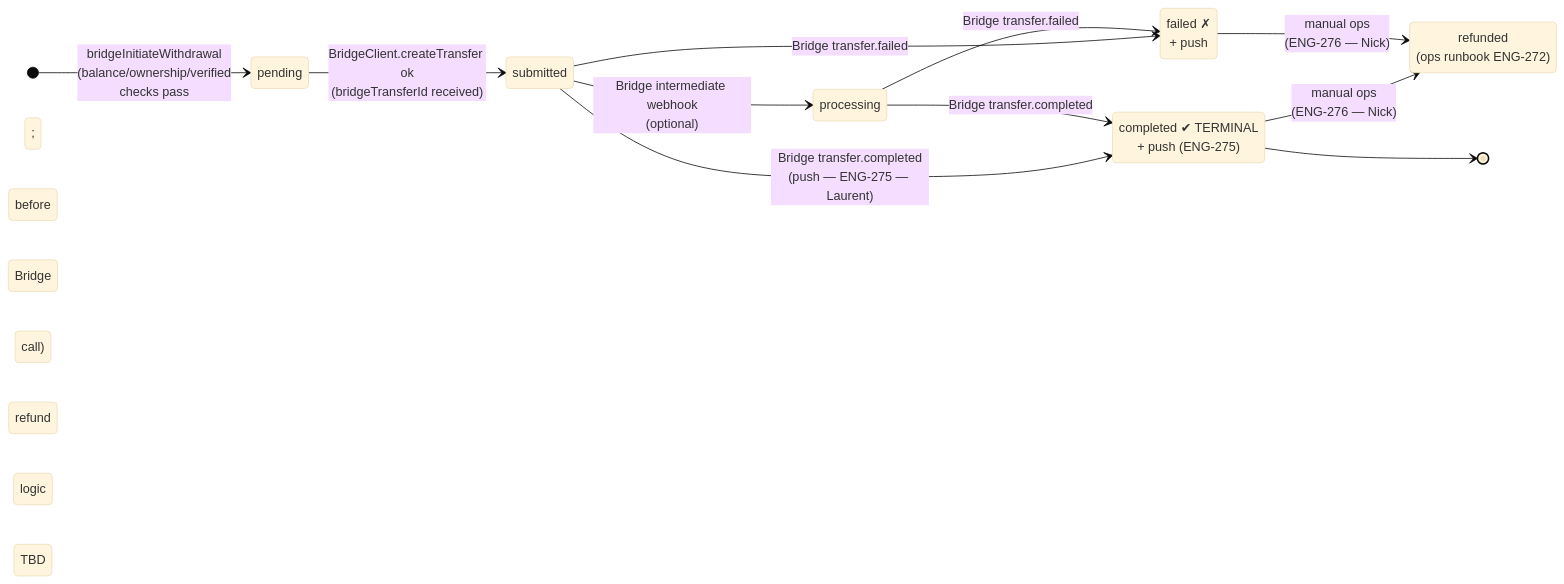
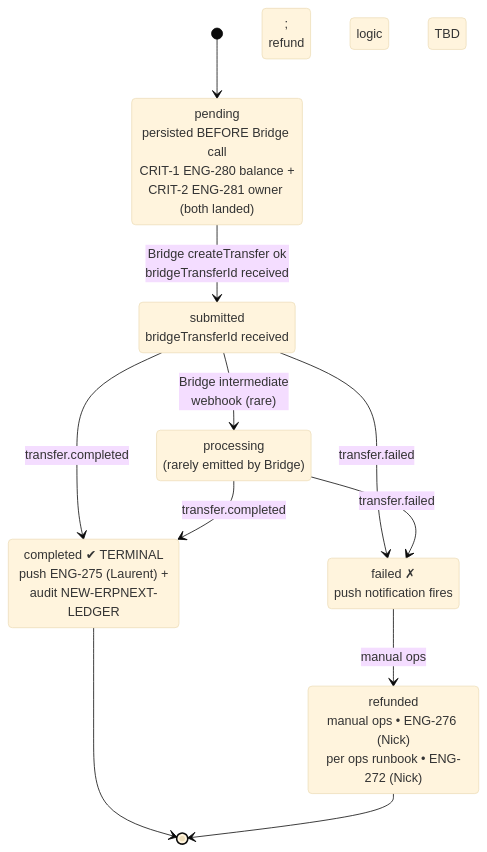
The sixth of 10 diagrams in docs/bridge-integration/FLOWS.md (lnflash/flash), drawn with Mermaid (base theme) before and after one commit. The commit also changed other lines of this file and 1 other file, not shown here.

First line of the commit message:
docs(bridge): diagram polish — §3e redraw, §4/§5.1/§5.2 ticket maps, ARCHITECTURE §3 parse-error fix

````diff
--- a/docs/bridge-integration/FLOWS.md
+++ b/docs/bridge-integration/FLOWS.md
@@ -309,18 +309,22 @@
 ```mermaid
 stateDiagram-v2
-    direction LR
-    [*] --> pending: bridgeInitiateWithdrawal<br/>(balance/ownership/verified<br/>checks pass; before Bridge call)
-    pending --> submitted: BridgeClient.createTransfer ok<br/>(bridgeTransferId received)
-    submitted --> processing: Bridge intermediate webhook<br/>(optional)
-    submitted --> completed: Bridge transfer.completed<br/>(push — ENG-275 — Laurent)
-    processing --> completed: Bridge transfer.completed
-    submitted --> failed: Bridge transfer.failed
-    processing --> failed: Bridge transfer.failed
-    completed --> refunded: manual ops<br/>(ENG-276 — Nick)
-    failed --> refunded: manual ops<br/>(ENG-276 — Nick)
+    direction TB
+
+    [*] --> pending
+    pending --> submitted : Bridge createTransfer ok<br/>bridgeTransferId received
+    submitted --> processing : Bridge intermediate<br/>webhook (rare)
+    submitted --> completed : transfer.completed
+    processing --> completed : transfer.completed
+    submitted --> failed : transfer.failed
+    processing --> failed : transfer.failed
+    failed --> refunded : manual ops
     completed --> [*]
+    refunded --> [*]
 
-    completed: completed ✔ TERMINAL<br/>+ push (ENG-275)
-    failed: failed ✗<br/>+ push; refund logic TBD
-    refunded: refunded<br/>(ops runbook ENG-272)
+    pending : pending<br/>persisted BEFORE Bridge call<br/>CRIT-1 ENG-280 balance +<br/>CRIT-2 ENG-281 owner (both landed)
+    submitted : submitted<br/>bridgeTransferId received
+    processing : processing<br/>(rarely emitted by Bridge)
+    completed : completed ✔ TERMINAL<br/>push ENG-275 (Laurent) +<br/>audit NEW-ERPNEXT-LEDGER
+    failed : failed ✗<br/>push notification fires;<br/>refund logic TBD
+    refunded : refunded<br/>manual ops • ENG-276 (Nick)<br/>per ops runbook • ENG-272 (Nick)
 ```
````
